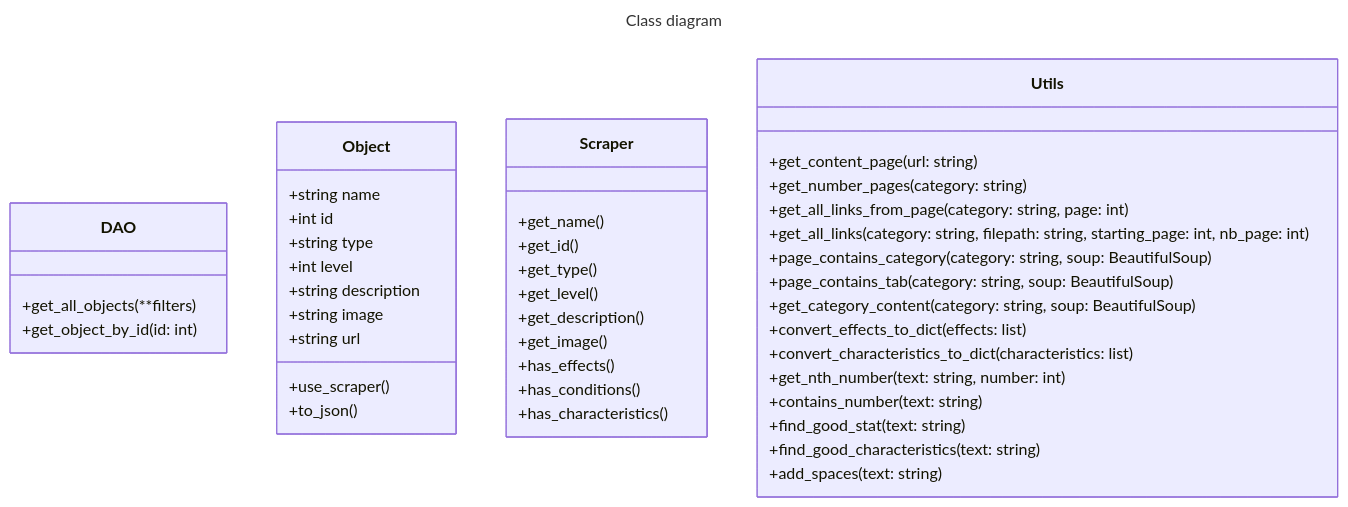
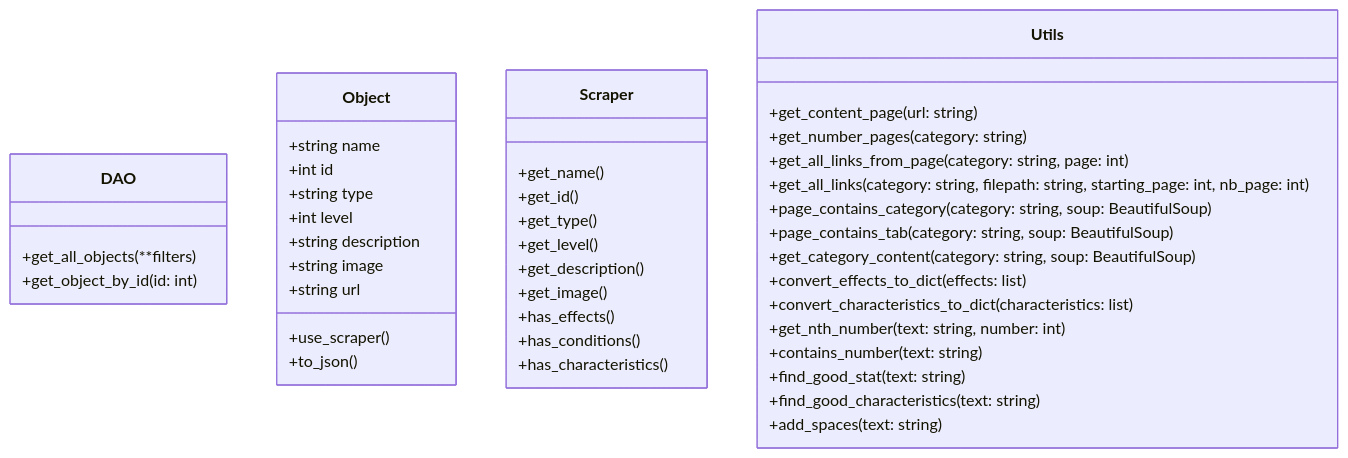
Before and after one commit to APBaluchon/dofus_api: the third of 3 diagrams in readme.md, drawn with Mermaid. The commit also changed other lines of this file, not shown here.

````diff
--- a/readme.md
+++ b/readme.md
@@ -121,49 +125,46 @@
 ```mermaid
----
-title: Class diagram
----
 classDiagram
     class DAO{
         +get_all_objects(**filters)
         +get_object_by_id(id: int)
     }
     class Object{
         +string name
         +int id
         +string type
         +int level
         +string description
         +string image
         +string url
         +use_scraper()
         +to_json()
     }
     class Scraper{
         +get_name()
         +get_id()
         +get_type()
         +get_level()
         +get_description()
         +get_image()
         +has_effects()
         +has_conditions()
         +has_characteristics()
     }
     class Utils{
         +get_content_page(url: string)
         +get_number_pages(category: string)
         +get_all_links_from_page(category: string, page: int)
         +get_all_links(category: string, filepath: string, starting_page: int, nb_page: int)
         +page_contains_category(category: string, soup: BeautifulSoup)
         +page_contains_tab(category: string, soup: BeautifulSoup)
         +get_category_content(category: string, soup: BeautifulSoup)
         +convert_effects_to_dict(effects: list)
         +convert_characteristics_to_dict(characteristics: list)
         +get_nth_number(text: string, number: int)
         +contains_number(text: string)
         +find_good_stat(text: string)
         +find_good_characteristics(text: string)
         +add_spaces(text: string)
     }
 
 ```
````
